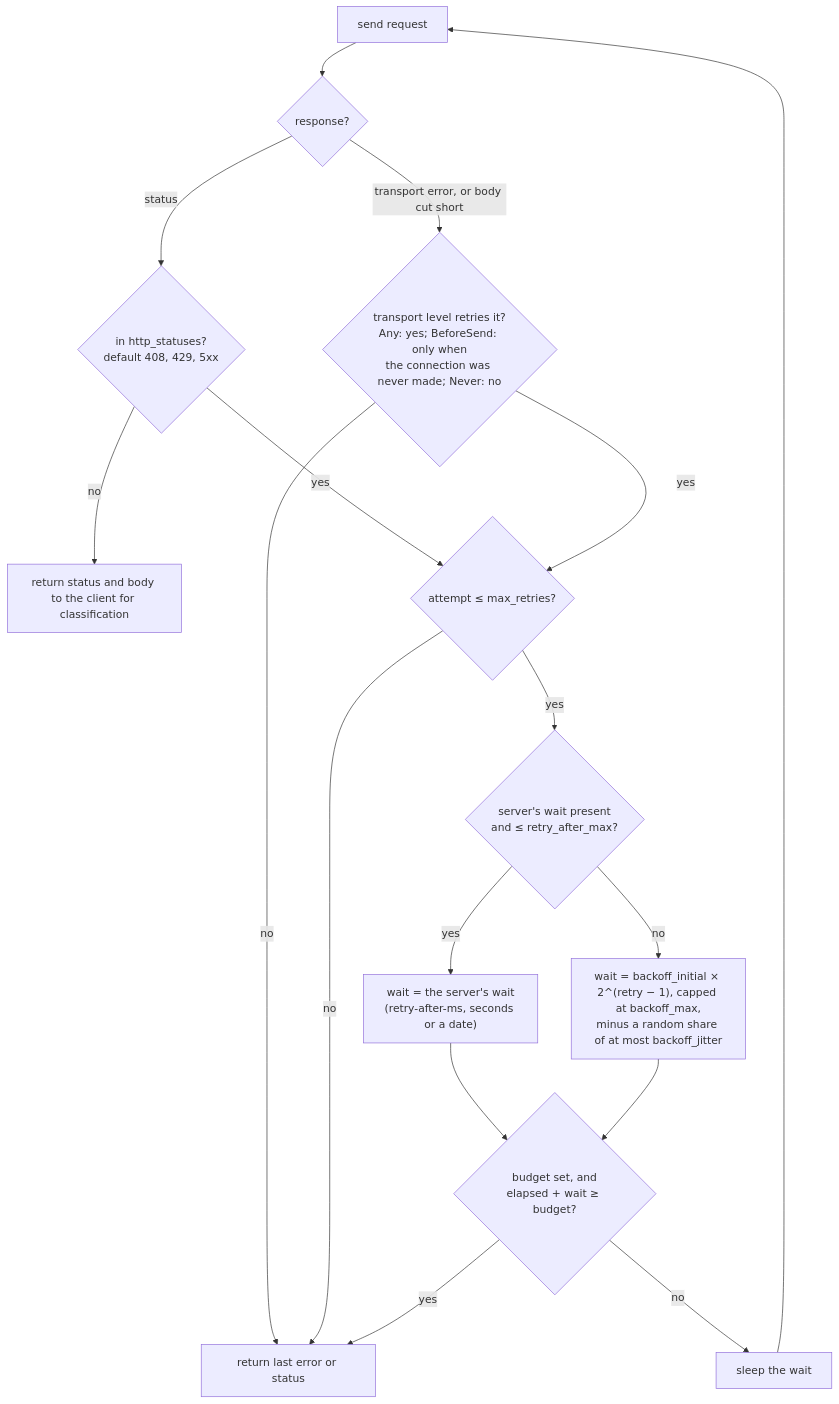
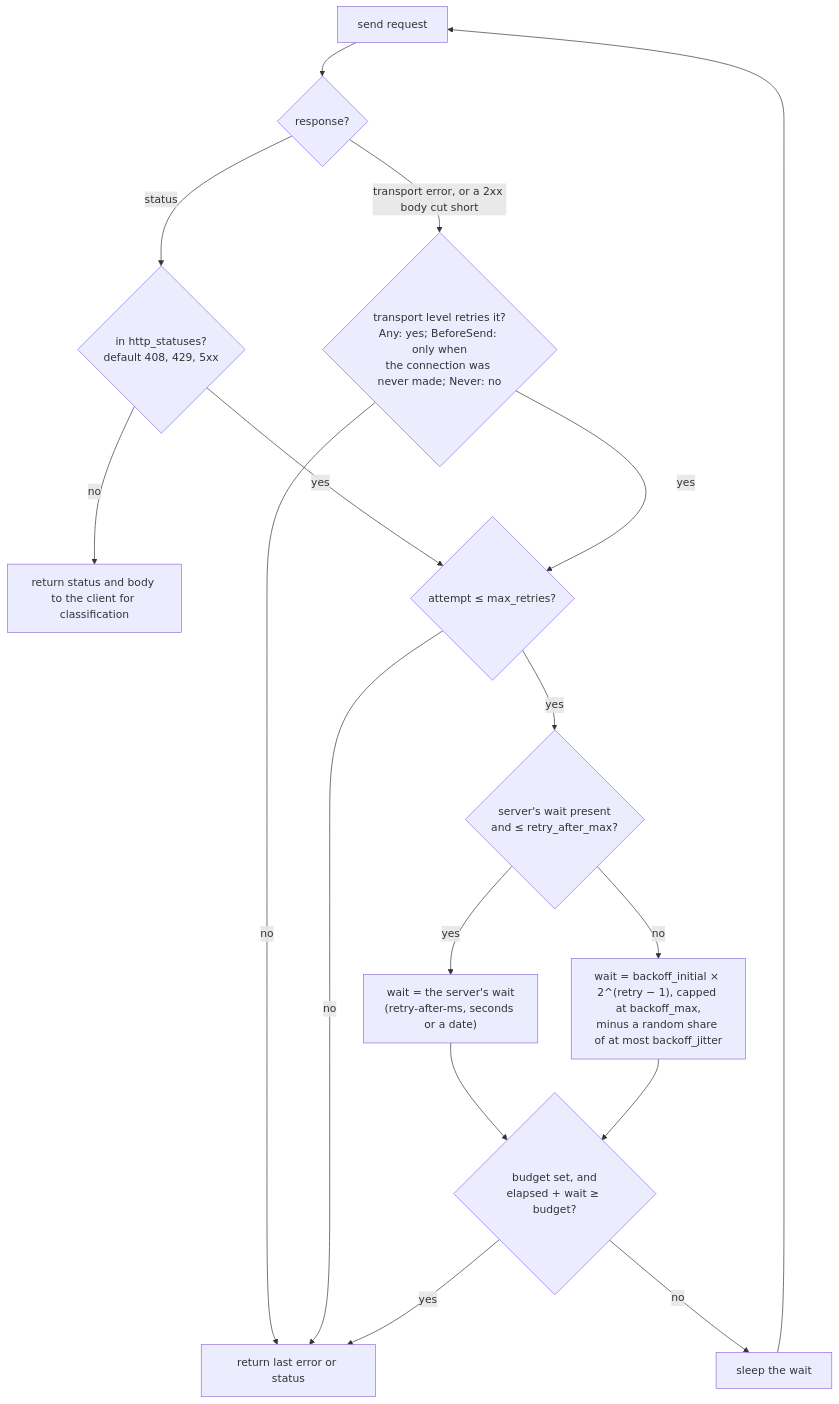
One commit to chussenot/judgment changed the third of 3 diagrams in docs/concepts/how-judgment-works.md. Above: the diagram before and after it, drawn with Mermaid. The commit also changed other lines of this file and 22 other files, not shown here.

````diff
--- a/docs/concepts/how-judgment-works.md
+++ b/docs/concepts/how-judgment-works.md
@@ -82,17 +82,17 @@
 ```mermaid
 flowchart TD
     S[send request] --> R{response?}
     R -->|status| C{"in http_statuses?<br/>default 408, 429, 5xx"}
-    R -->|"transport error, or body cut short"| X{"transport level retries it?<br/>Any: yes; BeforeSend: only when<br/>the connection was never made; Never: no"}
+    R -->|"transport error, or a 2xx body cut short"| X{"transport level retries it?<br/>Any: yes; BeforeSend: only when<br/>the connection was never made; Never: no"}
     C -->|no| DONE[return status and body to the client for classification]
     C -->|yes| T{"attempt ≤ max_retries?"}
     X -->|yes| T
     X -->|no| FAIL[return last error or status]
     T -->|no| FAIL
     T -->|yes| W{"server's wait present<br/>and ≤ retry_after_max?"}
     W -->|yes| D1["wait = the server's wait<br/>(retry-after-ms, seconds or a date)"]
     W -->|no| D2["wait = backoff_initial × 2^(retry − 1), capped at backoff_max,<br/>minus a random share of at most backoff_jitter"]
     D1 & D2 --> B{"budget set, and<br/>elapsed + wait ≥ budget?"}
     B -->|yes| FAIL
     B -->|no| SLEEP[sleep the wait] --> S
 ```
````
